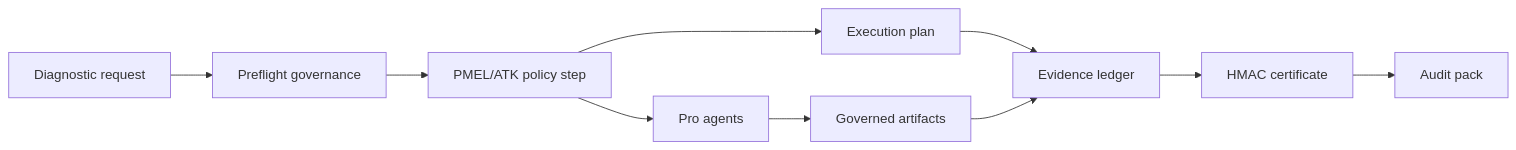
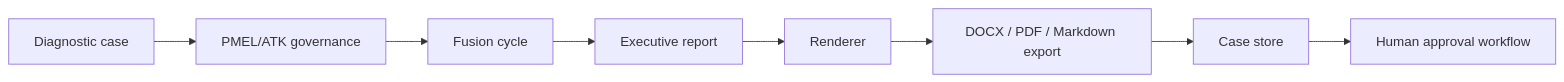
One commit to Mich2Dev/ARHIAX-Dx-Pro changed the diagram in README.md. Above: the diagram before and after it, drawn with Mermaid. The commit also changed other lines of this file and 1 other file, not shown here.

````diff
--- a/README.md
+++ b/README.md
@@ -20,13 +25,10 @@
 ```mermaid
 flowchart LR
-    A["Diagnostic request"] --> B["Preflight governance"]
-    B --> C["PMEL/ATK policy step"]
-    C --> D["Execution plan"]
-    D --> E["Evidence ledger"]
-    E --> F["HMAC certificate"]
-    F --> G["Audit pack"]
-
-    C --> H["Pro agents"]
-    H --> I["Governed artifacts"]
-    I --> E
+    A["Diagnostic case"] --> B["PMEL/ATK governance"]
+    B --> C["Fusion cycle"]
+    C --> D["Executive report"]
+    D --> E["Renderer"]
+    E --> F["DOCX / PDF / Markdown export"]
+    F --> G["Case store"]
+    G --> H["Human approval workflow"]
 ```
````
